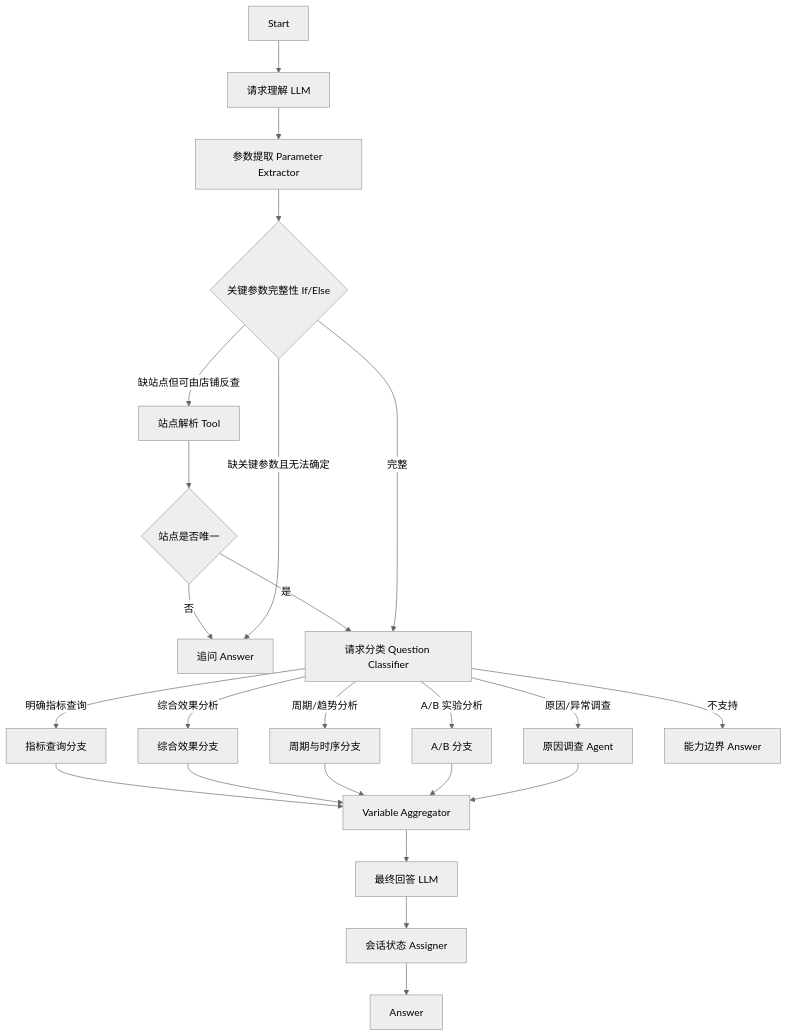
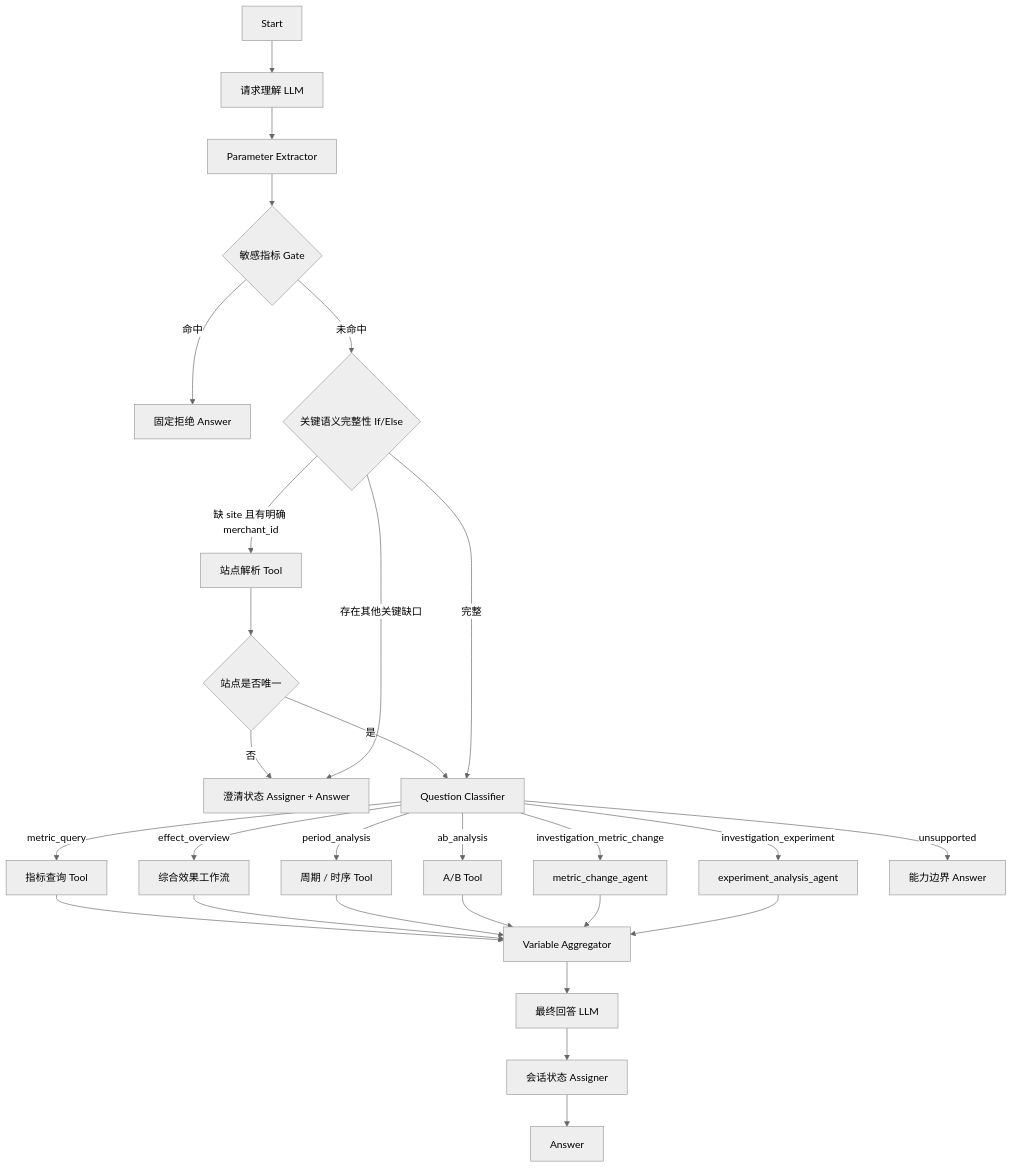
Before and after one commit to sgfd-ui/internship: the diagram in weekly-report/rec-effect-dify-workflow-redesign.md, drawn with Mermaid (neutral theme). The commit also changed other lines of this file, not shown here.

Commit message:
docs: restore complete prompt architecture in Dify workflow redesign

````diff
--- a/weekly-report/rec-effect-dify-workflow-redesign.md
+++ b/weekly-report/rec-effect-dify-workflow-redesign.md
@@ -45,31 +47,35 @@
 ```mermaid
 flowchart TD
     A[Start] --> B[请求理解 LLM]
-    B --> C[参数提取 Parameter Extractor]
-    C --> D{关键参数完整性 If/Else}
+    B --> C[Parameter Extractor]
+    C --> S{敏感指标 Gate}
+    S -->|命中| SX[固定拒绝 Answer]
+    S -->|未命中| D{关键语义完整性 If/Else}
 
-    D -->|缺站点但可由店铺反查| E[站点解析 Tool]
+    D -->|缺 site 且有明确 merchant_id| E[站点解析 Tool]
     E --> F{站点是否唯一}
-    F -->|否| G[追问 Answer]
-    F -->|是| H[请求分类 Question Classifier]
+    F -->|否| G[澄清状态 Assigner + Answer]
+    F -->|是| H[Question Classifier]
 
-    D -->|缺关键参数且无法确定| G
+    D -->|存在其他关键缺口| G
     D -->|完整| H
 
-    H -->|明确指标查询| I[指标查询分支]
-    H -->|综合效果分析| J[综合效果分支]
-    H -->|周期/趋势分析| K[周期与时序分支]
-    H -->|A/B 实验分析| L[A/B 分支]
-    H -->|原因/异常调查| M[原因调查 Agent]
-    H -->|不支持| N[能力边界 Answer]
+    H -->|metric_query| I[指标查询 Tool]
+    H -->|effect_overview| J[综合效果工作流]
+    H -->|period_analysis| K[周期 / 时序 Tool]
+    H -->|ab_analysis| L[A/B Tool]
+    H -->|investigation_metric_change| M1[metric_change_agent]
+    H -->|investigation_experiment| M2[experiment_analysis_agent]
+    H -->|unsupported| N[能力边界 Answer]
 
     I --> O[Variable Aggregator]
     J --> O
     K --> O
     L --> O
-    M --> O
+    M1 --> O
+    M2 --> O
 
     O --> P[最终回答 LLM]
     P --> Q[会话状态 Assigner]
     Q --> R[Answer]
 ```
````
